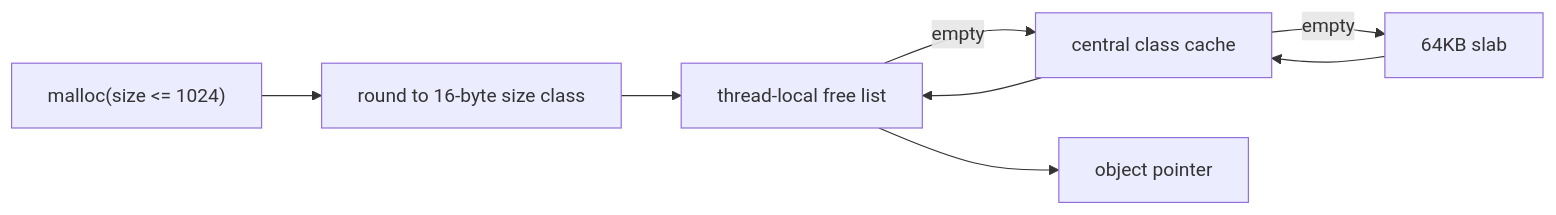
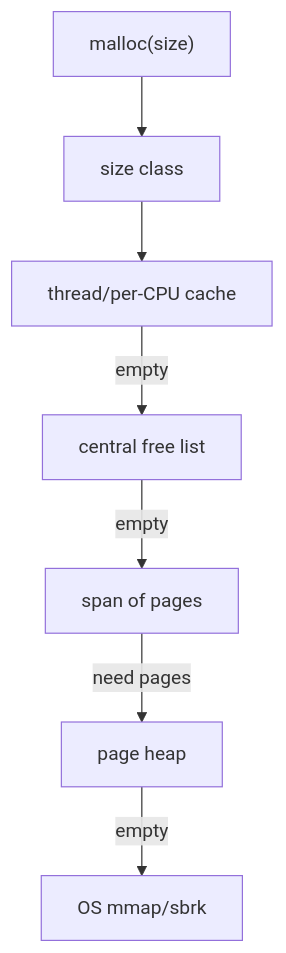
One commit to sdsasf/my_malloc changed the third of 5 diagrams in docs/allocator_families.md. Above: the diagram before and after it, drawn with Mermaid. The commit also changed other lines of this file and 10 other files, not shown here.

````diff
--- a/docs/allocator_families.md
+++ b/docs/allocator_families.md
@@ -141,15 +228,16 @@
 ```mermaid
-flowchart LR
-    M["malloc(size <= 1024)"]
-    Class["round to 16-byte size class"]
-    Local["thread-local free list"]
-    Central["central class cache"]
-    Slab["64KB slab"]
-    Obj["object pointer"]
+flowchart TB
+    Request["malloc(size)"]
+    Class["size class"]
+    Local["thread/per-CPU cache"]
+    Central["central free list"]
+    Span["span of pages"]
+    PageHeap["page heap"]
+    OS["OS mmap/sbrk"]
 
-    M --> Class --> Local
+    Request --> Class --> Local
     Local -- empty --> Central
-    Central -- empty --> Slab
-    Slab --> Central
-    Central --> Local --> Obj
+    Central -- empty --> Span
+    Span -- need pages --> PageHeap
+    PageHeap -- empty --> OS
 ```
````
